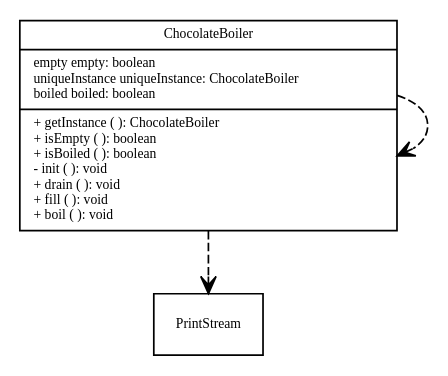
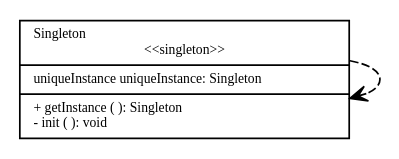
Before and after one commit to xniccum/UML-Gen: the diagram in inputOutput/output.dot, drawn with Graphviz. The commit also changed 3 other files, not shown here.

```diff
--- a/inputOutput/output.dot
+++ b/inputOutput/output.dot
@@ -1,106 +1,46 @@
 strict digraph G {
     fontname = "Bitstream Vera Sans"
     fontsize = 8
 
     node [
     fontname = "Bitstream Vera Sans"
     fontsize = 8
     shape = "record"
     ]
 
     edge [
     fontname = "Bitstream Vera Sans"
     fontsize = 8
     ]
-ChocolateBoiler [ 
- label = " { ChocolateBoiler|empty empty: boolean \l uniqueInstance uniqueInstance: ChocolateBoiler \l boiled boiled: boolean \l |+ getInstance ( ): ChocolateBoiler \l + isEmpty ( ): boolean \l + isBoiled ( ): boolean \l - init ( ): void \l + drain ( ): void \l + fill ( ): void \l + boil ( ): void \l  
+Singleton [ 
+ label = " { Singleton\l\<\<singleton\>\>|uniqueInstance uniqueInstance: Singleton \l |+ getInstance ( ): Singleton \l - init ( ): void \l  
  } " 
  ]
  edge [ 
   style="dashed", arrowhead= "vee" 
  ] 
-ChocolateBoiler -> ChocolateBoiler 
+Singleton -> Singleton 
 
  edge [ 
   style="dashed", arrowhead= "vee" 
  ] 
-ChocolateBoiler -> PrintStream 
-
- edge [ 
-  style="dashed", arrowhead= "vee" 
- ] 
-ChocolateBoiler -> ChocolateBoiler 
-
- edge [ 
-  style="dashed", arrowhead= "vee" 
- ] 
-ChocolateBoiler -> PrintStream 
-
- edge [ 
-  style="dashed", arrowhead= "vee" 
- ] 
+Singleton -> Singleton 
 
  edge [ 
   style="solid", arrowhead= "vee" 
  ] 
-ChocolateBoiler -> ChocolateBoiler 
-
- edge [ 
-  style="solid", arrowhead= "vee" 
- ] 
-ChocolateBoiler -> ChocolateBoiler 
+Singleton -> Singleton 
 
  edge [ 
   style="dashed", arrowhead= "vee" 
  ] 
 
  edge [ 
   style="dashed", arrowhead= "vee" 
  ] 
 
  edge [ 
-  style="dashed", arrowhead= "vee" 
+  style="solid", arrowhead = "normal" 
  ] 
-
- edge [ 
-  style="dashed", arrowhead= "vee" 
- ] 
-
- edge [ 
-  style="dashed", arrowhead= "vee" 
- ] 
-ChocolateBoiler -> ChocolateBoiler 
-
- edge [ 
-  style="dashed", arrowhead= "vee" 
- ] 
-ChocolateBoiler -> ChocolateBoiler 
-
- edge [ 
-  style="solid", arrowhead= "vee" 
- ] 
-ChocolateBoiler -> ChocolateBoiler 
-
- edge [ 
-  style="dashed", arrowhead= "vee" 
- ] 
-
- edge [ 
-  style="dashed", arrowhead= "vee" 
- ] 
-ChocolateBoiler -> ChocolateBoiler 
-
- edge [ 
-  style="dashed", arrowhead= "vee" 
- ] 
-
- edge [ 
-  style="dashed", arrowhead= "vee" 
- ] 
-ChocolateBoiler -> ChocolateBoiler 
-
- edge [ 
-  style="dashed", arrowhead= "vee" 
- ] 
-ChocolateBoiler -> ChocolateBoiler 
+ Singleton -> Singleton 
 }
```
